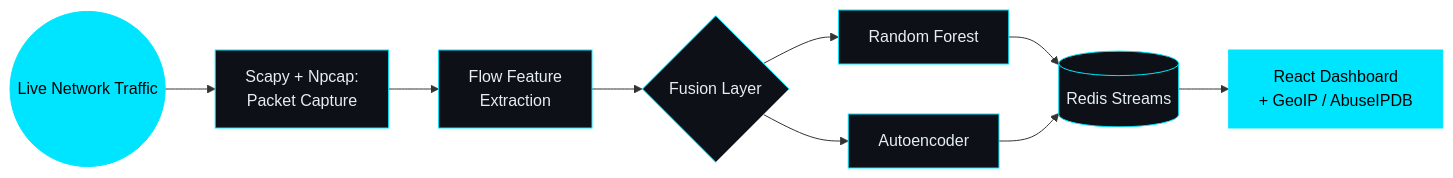
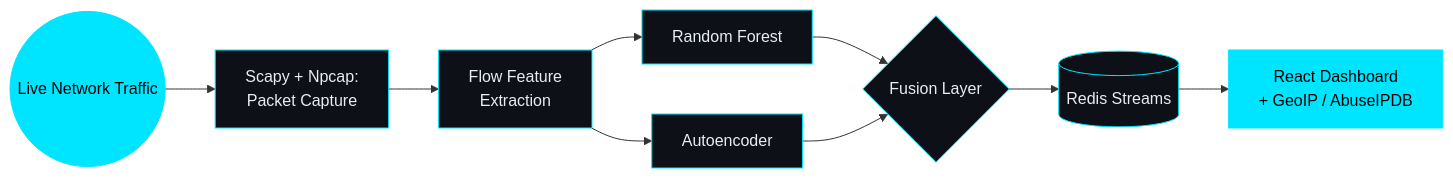
The first of 2 diagrams in README.md (visalsattar/visalsattar), drawn with Mermaid before and after one commit. The commit also changed other lines of this file, not shown here.

Commit message:
Add portfolio link, email text, team context, diagram order; trim employer line
Claude-Session: https://claude.ai/code/session_012pvT7y6NRabNKXRSSZdueL

````diff
--- a/README.md
+++ b/README.md
@@ -38,15 +38,15 @@
 ```mermaid
 graph LR
     A((Live Network Traffic)) --> B[Scapy + Npcap: <br> Packet Capture]
     B --> C[Flow Feature <br> Extraction]
-    C --> D{Fusion Layer}
-    D --> E[Random Forest]
-    D --> F[Autoencoder]
-    E --> G[(Redis Streams)]
-    F --> G
+    C --> E[Random Forest]
+    C --> F[Autoencoder]
+    E --> D{Fusion Layer}
+    F --> D
+    D --> G[(Redis Streams)]
     G --> H[React Dashboard <br> + GeoIP / AbuseIPDB]
 
     classDef default fill:#0D1117,stroke:#00E5FF,stroke-width:1px,color:#E6EDF3;
     classDef highlight fill:#00E5FF,stroke:#00E5FF,color:#000000;
     class A,H highlight;
 ```
````
